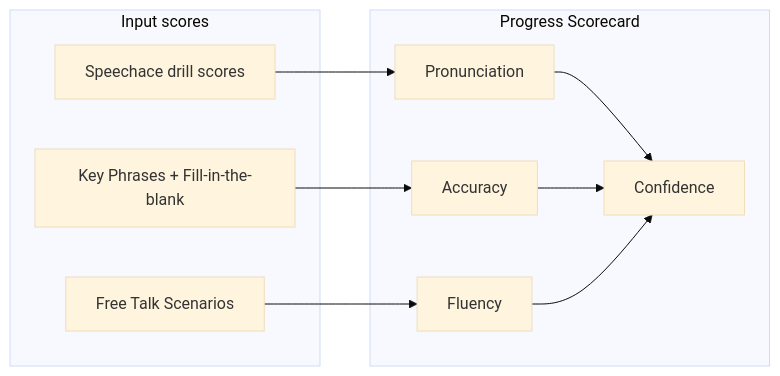
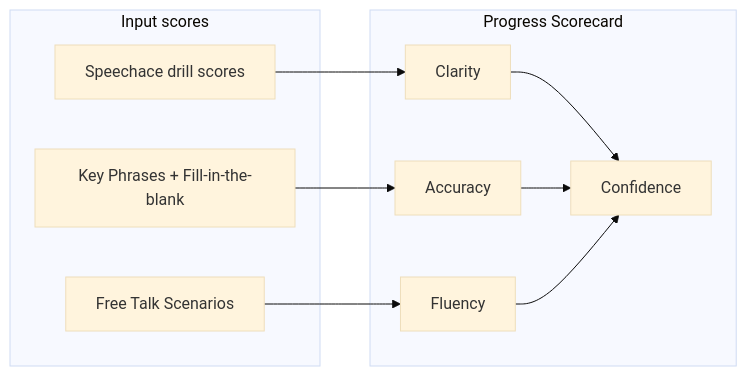
The diagram in docs/progress-scorecard.md (Eklan-UK/eklana-ai-frontend), drawn with Mermaid (base theme) before and after one commit. The commit also changed other lines of this file and 78 other files, not shown here.

````diff
--- a/docs/progress-scorecard.md
+++ b/docs/progress-scorecard.md
@@ -78,22 +78,22 @@
 ```mermaid
 flowchart LR
     subgraph inputs [Input scores]
         speechace[Speechace drill scores]
         accuracyDrills[Key Phrases + Fill-in-the-blank]
         freeTalk[Free Talk Scenarios]
     end
 
     subgraph scorecard [Progress Scorecard]
-        pronunciation[Pronunciation]
+        pronunciation[Clarity]
         accuracy[Accuracy]
         fluency[Fluency]
         confidence[Confidence]
     end
 
     speechace --> pronunciation
     accuracyDrills --> accuracy
     freeTalk --> fluency
     pronunciation --> confidence
     accuracy --> confidence
     fluency --> confidence
 ```
````
